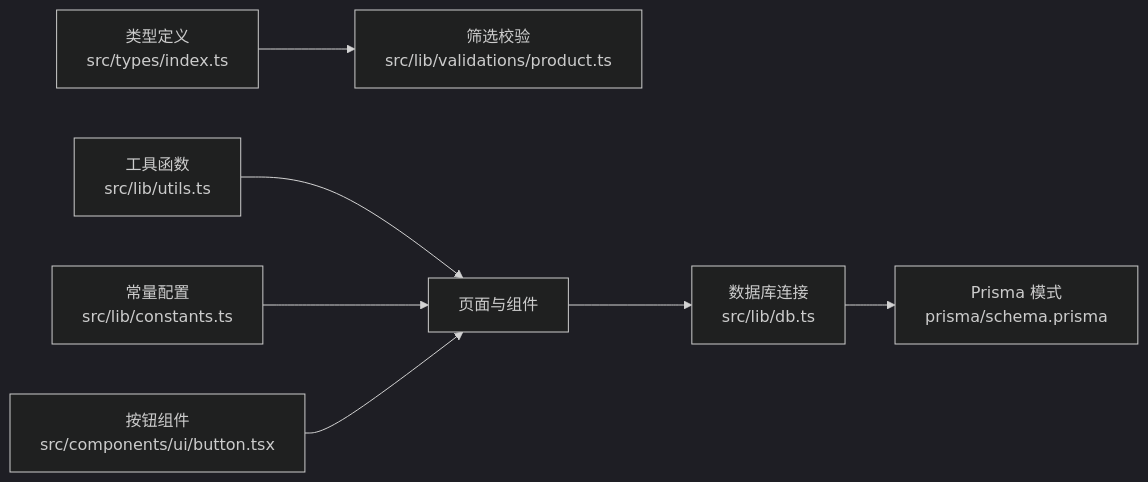
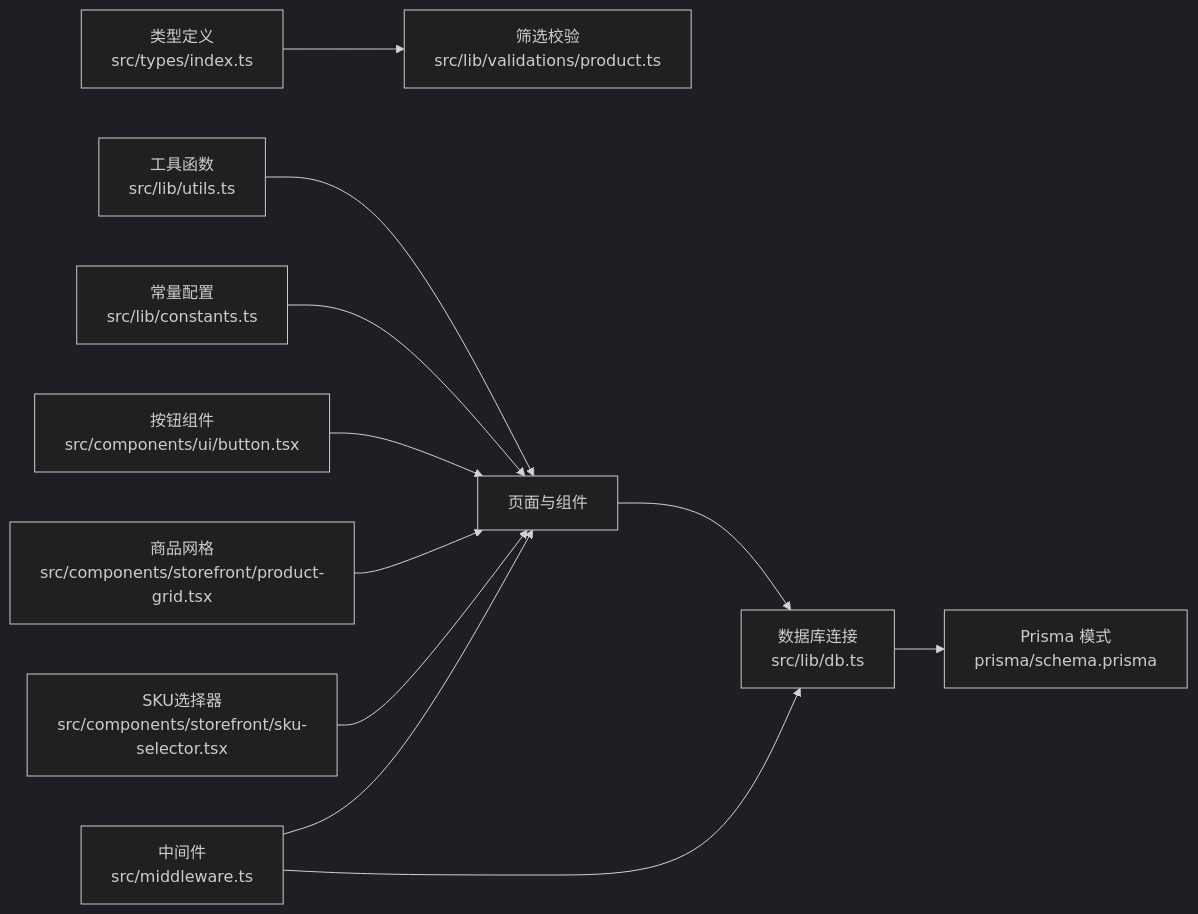
The eighth of 8 diagrams in .qoder/repowiki/zh/content/前台商店系统/商品展示系统/商品展示系统.md (three3638-arch/celestia_2b), drawn with Mermaid (dark theme) before and after one commit. The commit also changed other lines of this file and 25 other files, not shown here.

````diff
--- a/.qoder/repowiki/zh/content/前台商店系统/商品展示系统/商品展示系统.md
+++ b/.qoder/repowiki/zh/content/前台商店系统/商品展示系统/商品展示系统.md
@@ -353,9 +447,13 @@
 ```mermaid
 graph LR
 DB["数据库连接<br/>src/lib/db.ts"] --> PRISMA["Prisma 模式<br/>prisma/schema.prisma"]
 TYPES["类型定义<br/>src/types/index.ts"] --> VALID["筛选校验<br/>src/lib/validations/product.ts"]
 UTILS["工具函数<br/>src/lib/utils.ts"] --> UI["页面与组件"]
 CONST["常量配置<br/>src/lib/constants.ts"] --> UI
 BTN["按钮组件<br/>src/components/ui/button.tsx"] --> UI
+GRID["商品网格<br/>src/components/storefront/product-grid.tsx"] --> UI
+SKU["SKU选择器<br/>src/components/storefront/sku-selector.tsx"] --> UI
+MW["中间件<br/>src/middleware.ts"] --> UI
 UI --> DB
+MW --> DB
 ```
````
